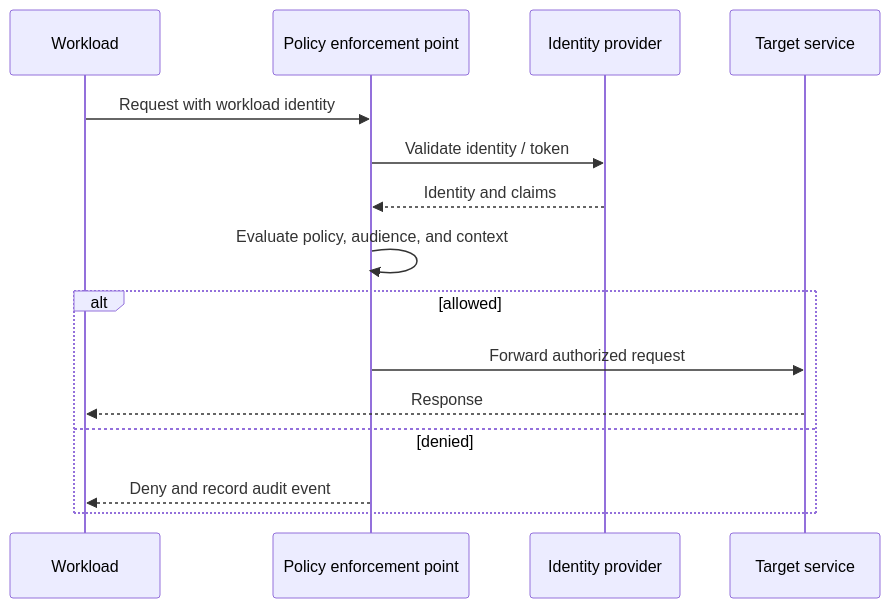
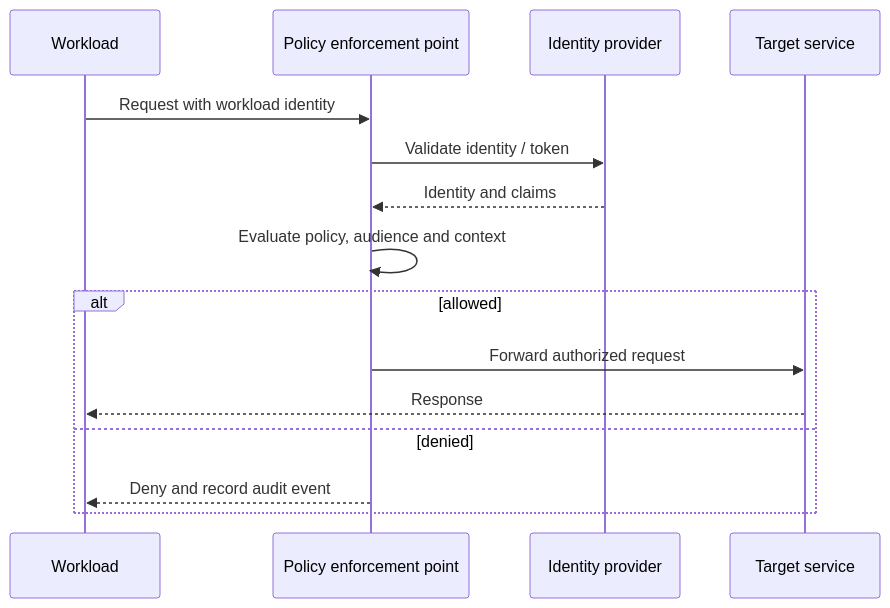
The fourth of 5 diagrams in topics/pattern-fit.md (M-Ragunath/software-architecture-patterns), drawn with Mermaid before and after one commit. The commit also changed other lines of this file and 12 other files, not shown here.

````diff
--- a/topics/pattern-fit.md
+++ b/topics/pattern-fit.md
@@ -225,17 +225,17 @@
 ```mermaid
 sequenceDiagram
   participant W as Workload
   participant P as Policy enforcement point
   participant I as Identity provider
   participant S as Target service
   W->>P: Request with workload identity
   P->>I: Validate identity / token
   I-->>P: Identity and claims
-  P->>P: Evaluate policy, audience, and context
+  P->>P: Evaluate policy, audience and context
   alt allowed
     P->>S: Forward authorized request
     S-->>W: Response
   else denied
     P-->>W: Deny and record audit event
   end
 ```
````
